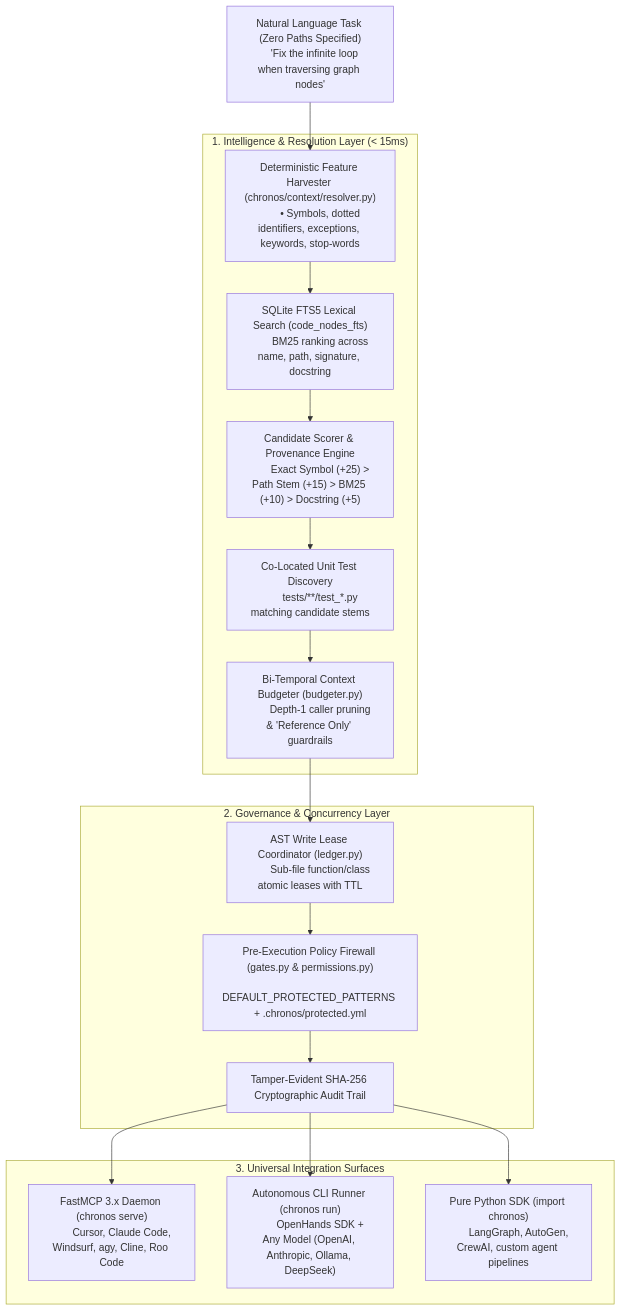
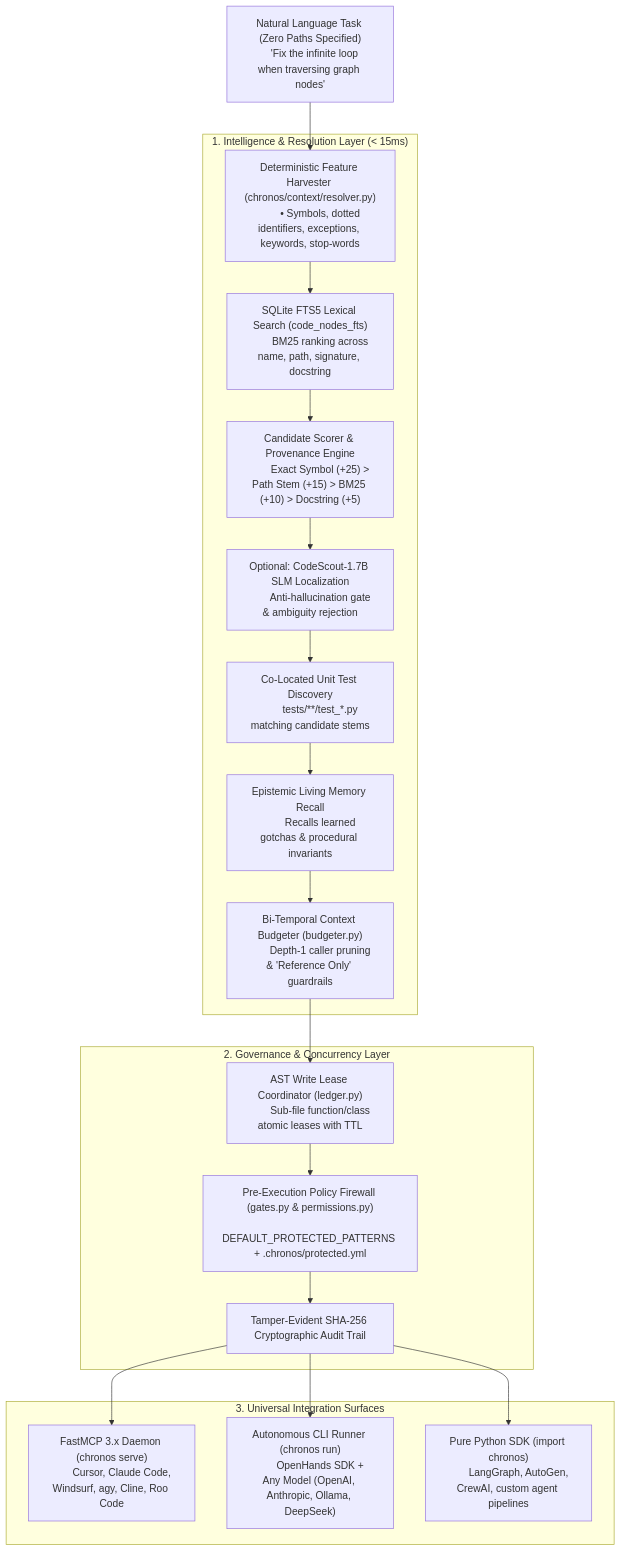
The diagram in README.md (AdithyaK3106/Chronos), drawn with Mermaid before and after one commit. The commit also changed other lines of this file and 5 other files, not shown here.

````diff
--- a/README.md
+++ b/README.md
@@ -34,41 +52,47 @@
 ```mermaid
 flowchart TD
     UserPrompt["Natural Language Task (Zero Paths Specified)
     'Fix the infinite loop when traversing graph nodes'"] --> Ingestion
 
     subgraph IntelligenceLayer["1. Intelligence & Resolution Layer (< 15ms)"]
         Ingestion["Deterministic Feature Harvester (chronos/context/resolver.py)
         • Symbols, dotted identifiers, exceptions, keywords, stop-words"]
         
         Ingestion --> FTS5["SQLite FTS5 Lexical Search (code_nodes_fts)
         BM25 ranking across name, path, signature, docstring"]
         
         FTS5 --> Scorer["Candidate Scorer & Provenance Engine
         Exact Symbol (+25) > Path Stem (+15) > BM25 (+10) > Docstring (+5)"]
         
-        Scorer --> TestDiscovery["Co-Located Unit Test Discovery
+        Scorer --> SLM["Optional: CodeScout-1.7B SLM Localization
+        Anti-hallucination gate & ambiguity rejection"]
+        
+        SLM --> TestDiscovery["Co-Located Unit Test Discovery
         tests/**/test_*.py matching candidate stems"]
         
-        TestDiscovery --> Budgeter["Bi-Temporal Context Budgeter (budgeter.py)
+        TestDiscovery --> Memory["Epistemic Living Memory Recall
+        Recalls learned gotchas & procedural invariants"]
+        
+        Memory --> Budgeter["Bi-Temporal Context Budgeter (budgeter.py)
         Depth-1 caller pruning & 'Reference Only' guardrails"]
     end
 
     subgraph GovernanceLayer["2. Governance & Concurrency Layer"]
         Budgeter --> Leaser["AST Write Lease Coordinator (ledger.py)
         Sub-file function/class atomic leases with TTL"]
         
         Leaser --> Firewall["Pre-Execution Policy Firewall (gates.py & permissions.py)
         DEFAULT_PROTECTED_PATTERNS + .chronos/protected.yml"]
         
         Firewall --> AuditLedger["Tamper-Evident SHA-256 Cryptographic Audit Trail"]
     end
 
     subgraph UniversalSurfaces["3. Universal Integration Surfaces"]
         AuditLedger --> Surface1["FastMCP 3.x Daemon (chronos serve)
         Cursor, Claude Code, Windsurf, agy, Cline, Roo Code"]
         AuditLedger --> Surface2["Autonomous CLI Runner (chronos run)
         OpenHands SDK + Any Model (OpenAI, Anthropic, Ollama, DeepSeek)"]
         AuditLedger --> Surface3["Pure Python SDK (import chronos)
         LangGraph, AutoGen, CrewAI, custom agent pipelines"]
     end
 ```
````
